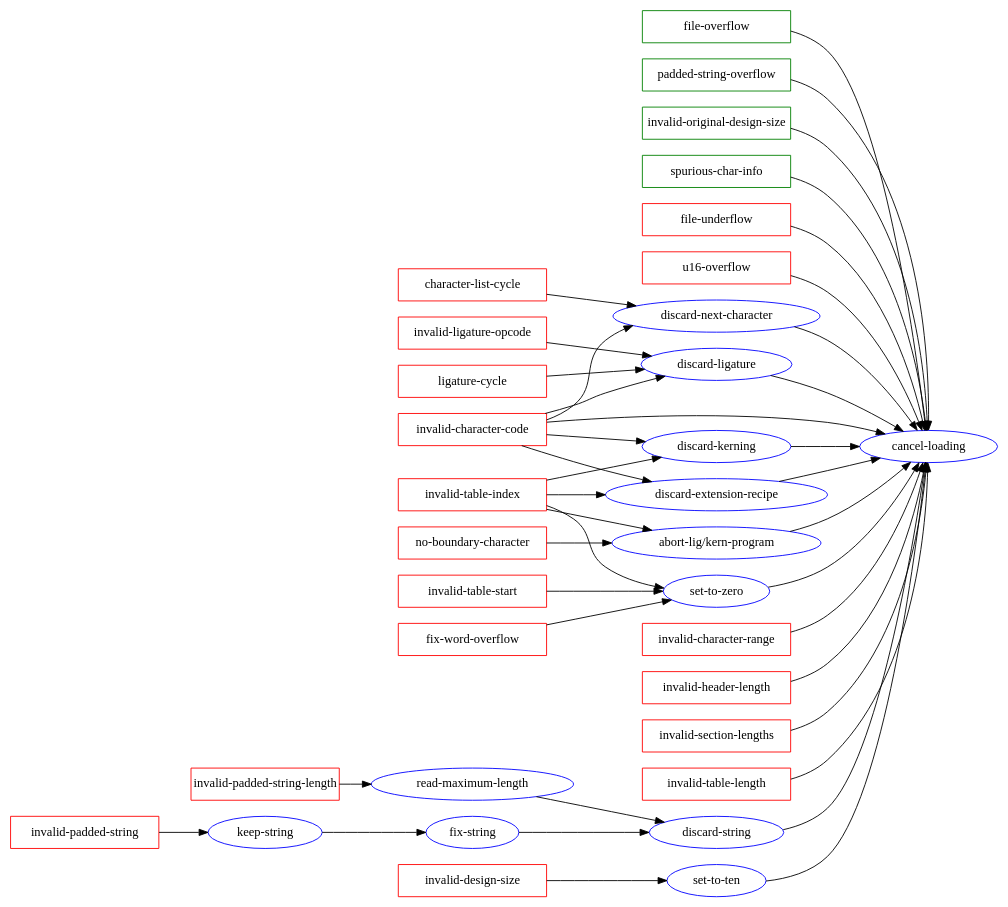
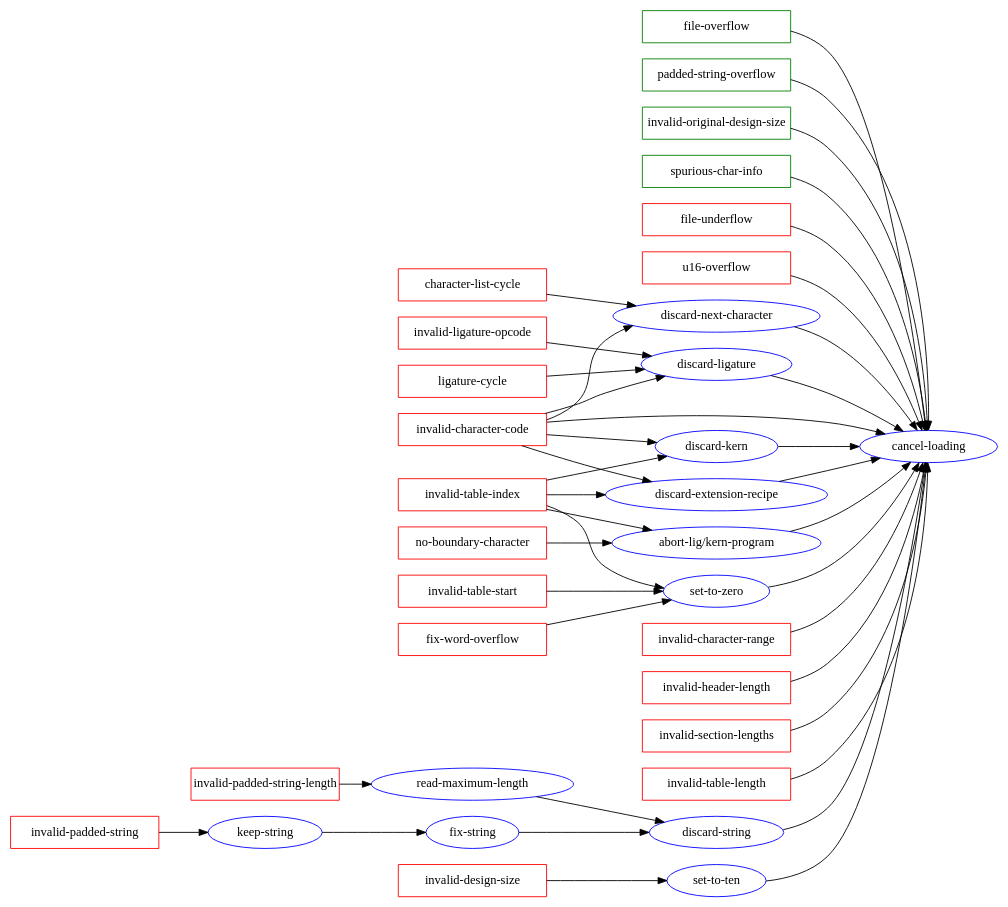
The diagram in doc/conditions.dot (didierverna/tfm), drawn with Graphviz before and after one commit.

Commit message:
Update one restart name in the documentation.
2024-12-27  Didier Verna  <didier@didierverna.net>

	* doc/conditions.dot (discard-kern): Formerly discard-kerning.

```diff
--- a/doc/conditions.dot
+++ b/doc/conditions.dot
@@ -1,48 +1,48 @@
 strict digraph {
   rankdir=LR;
   node [shape=ellipse color=blue]
 
 
 
   "file-overflow", "padded-string-overflow", "invalid-original-design-size",
   "spurious-char-info"
   [shape=box color=green fixedsize=true width=2.3]
 
   "character-list-cycle", "file-underflow", "u16-overflow",
   "fix-word-overflow", "invalid-padded-string",
   "invalid-character-code", "invalid-character-range", "invalid-design-size",
   "invalid-header-length", "invalid-ligature-opcode",
   "invalid-section-lengths", "invalid-padded-string-length", "invalid-table-index",
   "invalid-table-length", "invalid-table-start", "ligature-cycle",
   "no-boundary-character"
   [shape=box color=red fixedsize=true width=2.3]
 
   "file-overflow" -> "cancel-loading";
   "invalid-original-design-size" -> "cancel-loading";
   "file-underflow" -> "cancel-loading";
   "u16-overflow" -> "cancel-loading";
   "invalid-header-length" -> "cancel-loading";
   "invalid-section-lengths" -> "cancel-loading";
   "invalid-table-length" -> "cancel-loading";
   "invalid-character-range" -> "cancel-loading";
   "character-list-cycle" -> "discard-next-character" -> "cancel-loading";
   "fix-word-overflow" -> "set-to-zero" -> "cancel-loading";
   "invalid-padded-string" -> "keep-string" -> "fix-string" -> "discard-string" -> "cancel-loading";
   "invalid-padded-string-length" -> "read-maximum-length" -> "discard-string" -> "cancel-loading";
   "padded-string-overflow" -> "cancel-loading";
   "spurious-char-info" -> "cancel-loading";
   "invalid-character-code" -> "cancel-loading";
   "invalid-character-code" -> "discard-extension-recipe" -> "cancel-loading";
-  "invalid-character-code" -> "discard-kerning" -> "cancel-loading";
+  "invalid-character-code" -> "discard-kern" -> "cancel-loading";
   "invalid-character-code" -> "discard-ligature" -> "cancel-loading";
   "invalid-character-code" -> "discard-next-character" -> "cancel-loading";
   "no-boundary-character" -> "abort-lig/kern-program" -> "cancel-loading";
   "invalid-design-size" -> "set-to-ten" -> "cancel-loading";
   "invalid-ligature-opcode" -> "discard-ligature" -> "cancel-loading";
   "invalid-table-index" -> "abort-lig/kern-program" -> "cancel-loading";
   "invalid-table-index" -> "discard-extension-recipe" -> "cancel-loading";
-  "invalid-table-index" -> "discard-kerning" -> "cancel-loading";
+  "invalid-table-index" -> "discard-kern" -> "cancel-loading";
   "invalid-table-index" -> "set-to-zero" -> "cancel-loading";
   "invalid-table-start" -> "set-to-zero" -> "cancel-loading";
   "ligature-cycle" -> "discard-ligature" -> "cancel-loading";
 }
```
